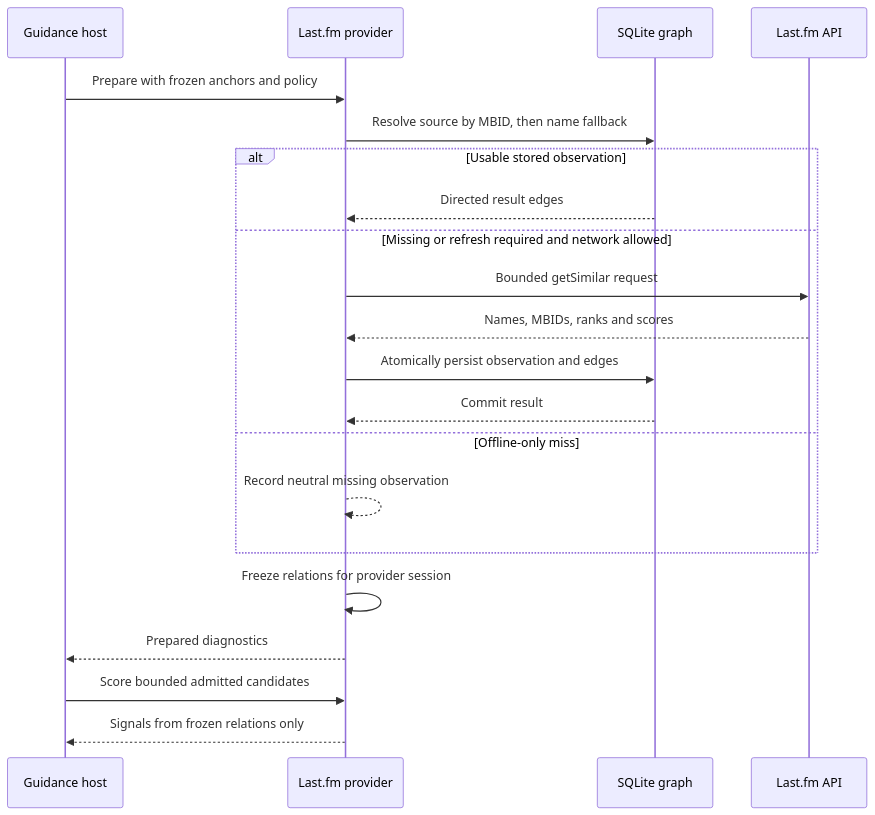
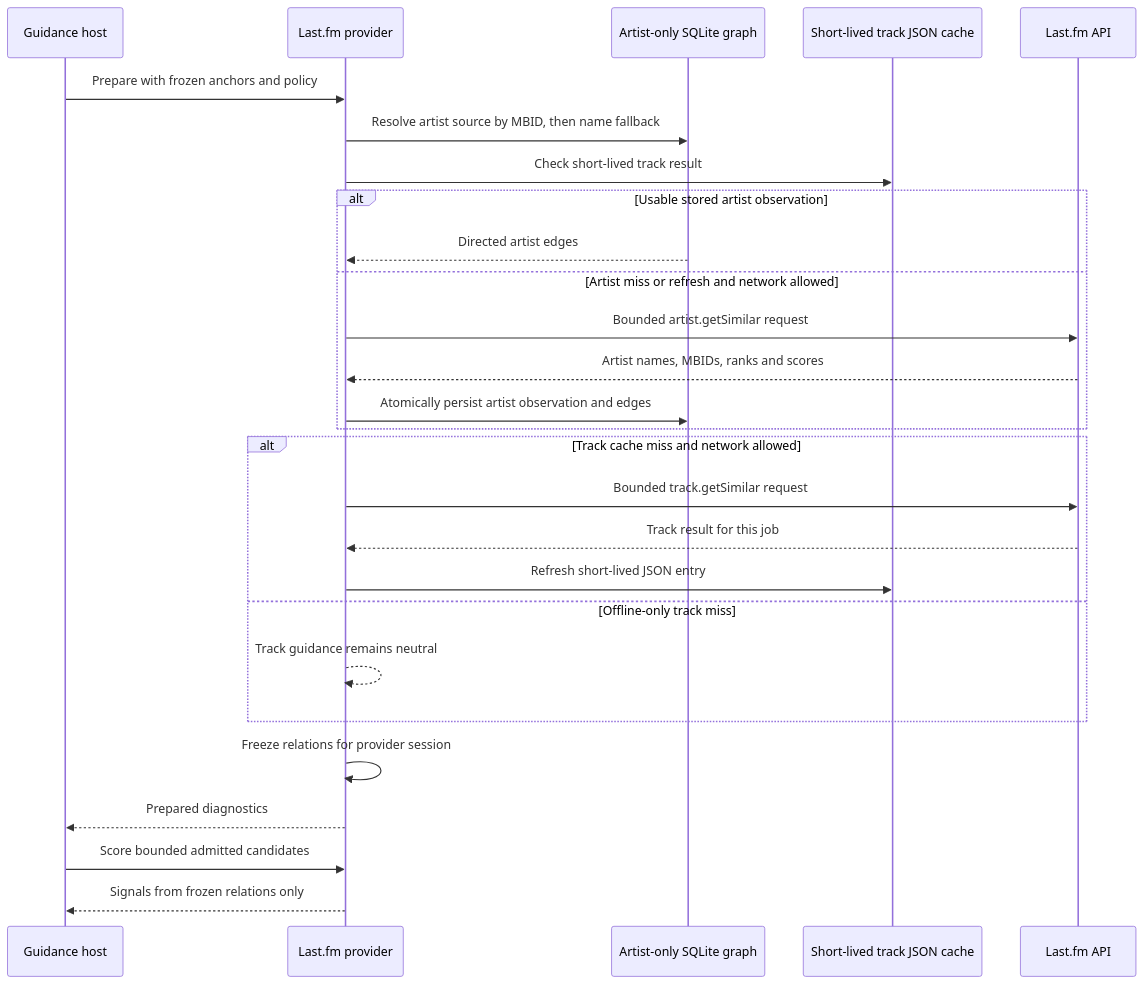
Before and after one commit to chrober/bliss-similarity-design: the second of 2 diagrams in LASTFM_OFFLINE_GUIDANCE_GRAPH_DESIGN.md, drawn with Mermaid. The commit also changed other lines of this file, not shown here.

Commit message:
Clarify artist-only Last.fm offline graph

````diff
--- a/LASTFM_OFFLINE_GUIDANCE_GRAPH_DESIGN.md
+++ b/LASTFM_OFFLINE_GUIDANCE_GRAPH_DESIGN.md
@@ -290,24 +263,30 @@
 ```mermaid
 sequenceDiagram
     participant H as Guidance host
     participant P as Last.fm provider
-    participant DB as SQLite graph
+    participant DB as Artist-only SQLite graph
+    participant TC as Short-lived track JSON cache
     participant LF as Last.fm API
 
     H->>P: Prepare with frozen anchors and policy
-    P->>DB: Resolve source by MBID, then name fallback
-    alt Usable stored observation
-        DB-->>P: Directed result edges
-    else Missing or refresh required and network allowed
-        P->>LF: Bounded getSimilar request
-        LF-->>P: Names, MBIDs, ranks and scores
-        P->>DB: Atomically persist observation and edges
-        DB-->>P: Commit result
-    else Offline-only miss
-        P-->>P: Record neutral missing observation
+    P->>DB: Resolve artist source by MBID, then name fallback
+    P->>TC: Check short-lived track result
+    alt Usable stored artist observation
+        DB-->>P: Directed artist edges
+    else Artist miss or refresh and network allowed
+        P->>LF: Bounded artist.getSimilar request
+        LF-->>P: Artist names, MBIDs, ranks and scores
+        P->>DB: Atomically persist artist observation and edges
+    end
+    alt Track cache miss and network allowed
+        P->>LF: Bounded track.getSimilar request
+        LF-->>P: Track result for this job
+        P->>TC: Refresh short-lived JSON entry
+    else Offline-only track miss
+        P-->>P: Track guidance remains neutral
     end
     P->>P: Freeze relations for provider session
     P-->>H: Prepared diagnostics
     H->>P: Score bounded admitted candidates
     P-->>H: Signals from frozen relations only
 ```
````
